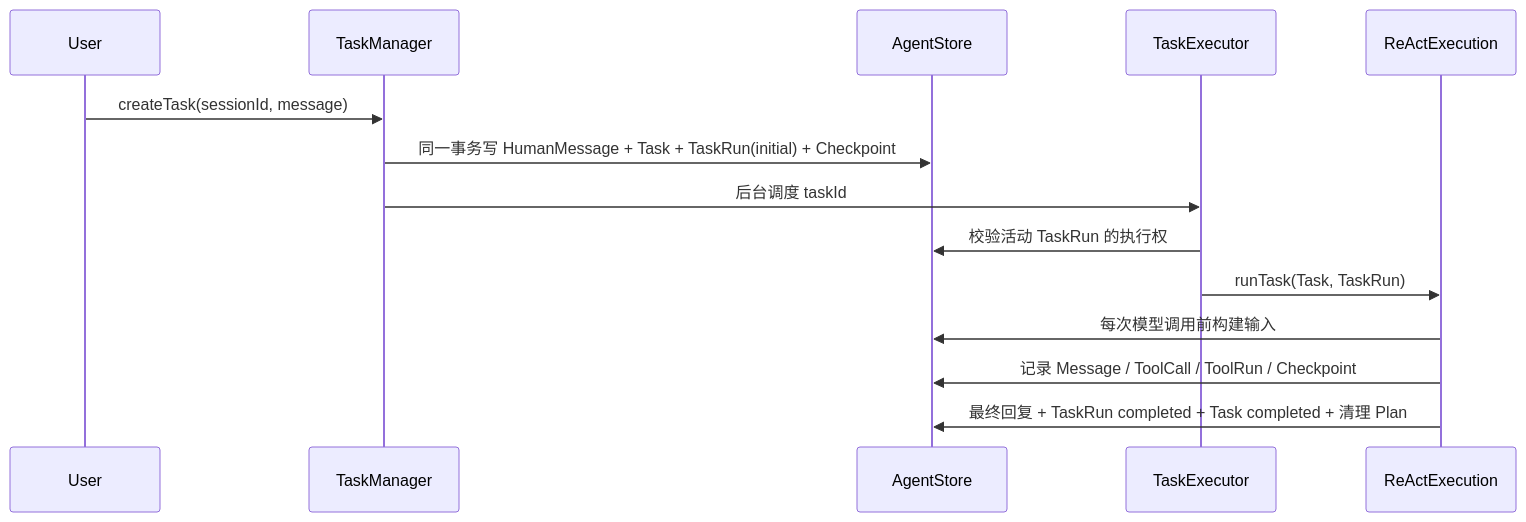
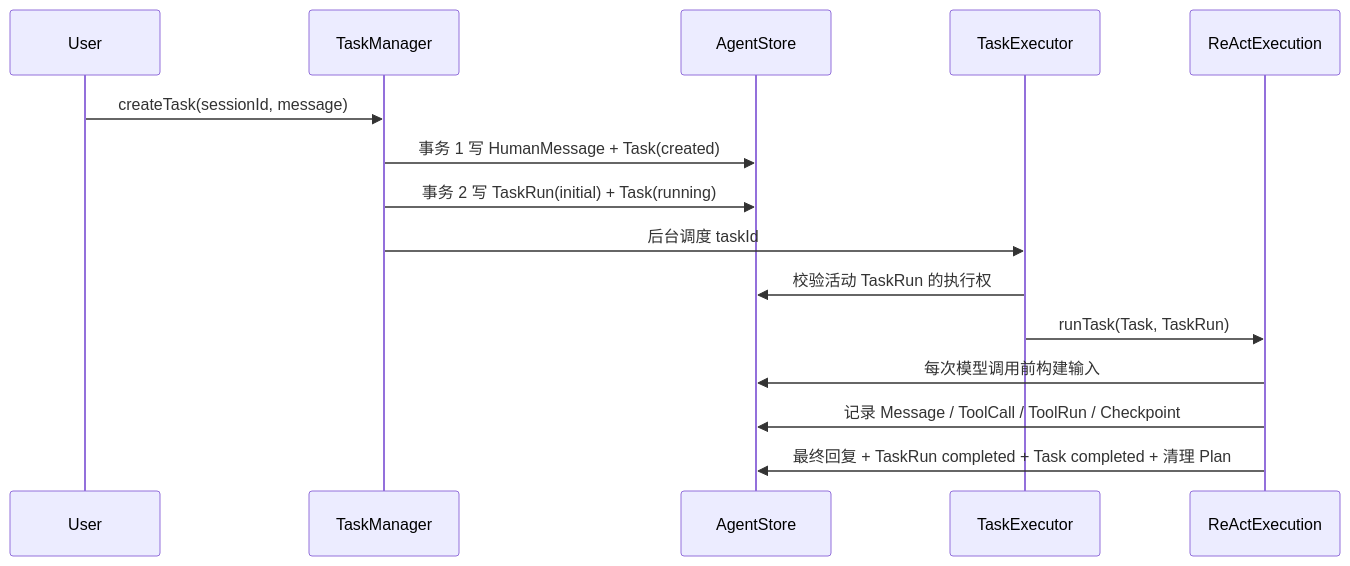
The diagram in docs/02-execution-recovery-and-hitl.md (lucyonegit/agent-runtime-v2), drawn with Mermaid before and after one commit. The commit also changed other lines of this file, not shown here.

Commit message:
docs: correct initial task transaction flow

````diff
--- a/docs/02-execution-recovery-and-hitl.md
+++ b/docs/02-execution-recovery-and-hitl.md
@@ -5,17 +5,18 @@
 ```mermaid
 sequenceDiagram
     participant U as User
     participant M as TaskManager
     participant S as AgentStore
     participant E as TaskExecutor
     participant R as ReActExecution
 
     U->>M: createTask(sessionId, message)
-    M->>S: 同一事务写 HumanMessage + Task + TaskRun(initial) + Checkpoint
+    M->>S: 事务 1 写 HumanMessage + Task(created)
+    M->>S: 事务 2 写 TaskRun(initial) + Task(running)
     M->>E: 后台调度 taskId
     E->>S: 校验活动 TaskRun 的执行权
     E->>R: runTask(Task, TaskRun)
     R->>S: 每次模型调用前构建输入
     R->>S: 记录 Message / ToolCall / ToolRun / Checkpoint
     R->>S: 最终回复 + TaskRun completed + Task completed + 清理 Plan
 ```
````
